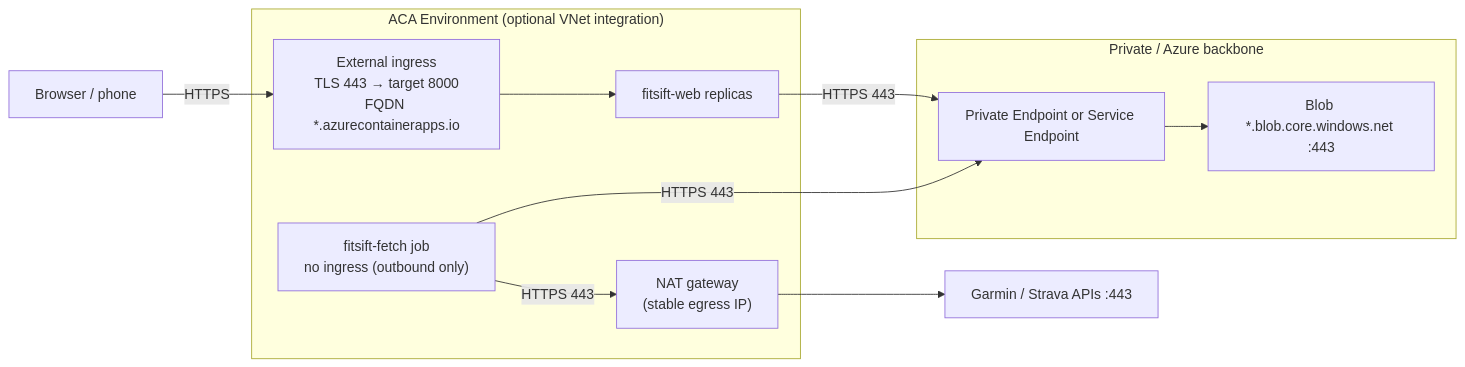
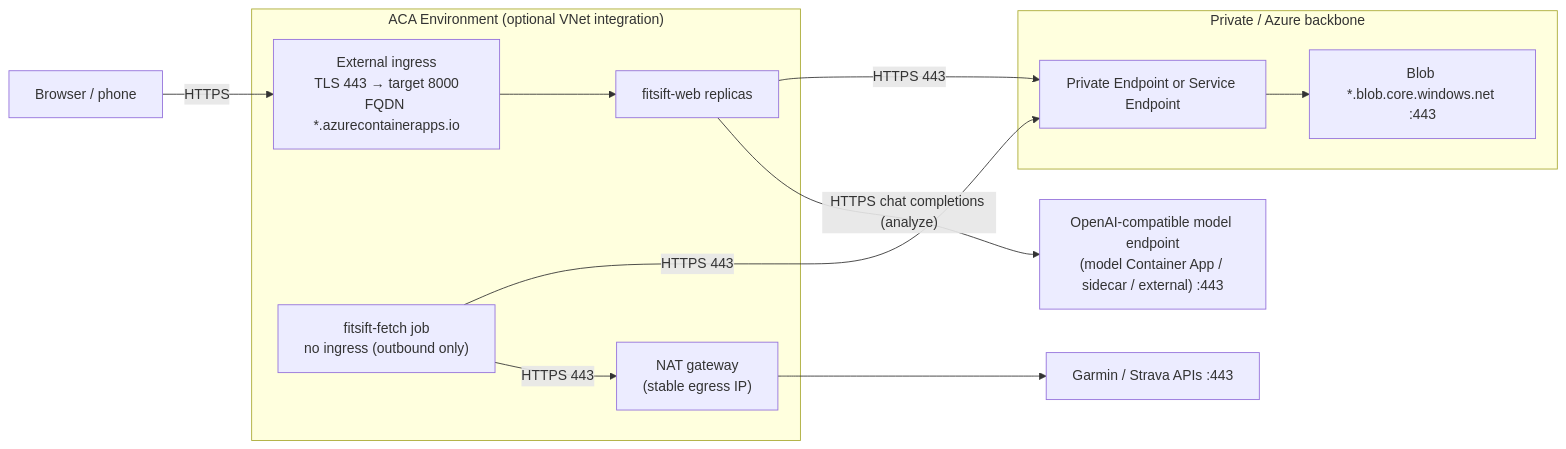
Before and after one commit to kerem-ersoz/fit2json: the third of 6 diagrams in docs/multi-user-sync.md, drawn with Mermaid. The commit also changed other lines of this file, not shown here.

First line of the commit message:
docs: add model-provider interactions to sync diagrams

````diff
--- a/docs/multi-user-sync.md
+++ b/docs/multi-user-sync.md
@@ -163,22 +174,24 @@
 ```mermaid
 flowchart LR
     User["Browser / phone"]
     subgraph ACAENV["ACA Environment (optional VNet integration)"]
         ING["External ingress<br/>TLS 443 → target 8000<br/>FQDN *.azurecontainerapps.io"]
         WEB["fitsift-web replicas"]
         JOB["fitsift-fetch job<br/>no ingress (outbound only)"]
         NAT["NAT gateway<br/>(stable egress IP)"]
     end
     subgraph Priv["Private / Azure backbone"]
         PE["Private Endpoint or Service Endpoint"]
         BLOB["Blob *.blob.core.windows.net :443"]
     end
     GARMIN["Garmin / Strava APIs :443"]
+    MODELS["OpenAI-compatible model endpoint<br/>(model Container App / sidecar / external) :443"]
     User -->|HTTPS| ING
     ING --> WEB
     WEB -->|HTTPS 443| PE
     PE --> BLOB
     JOB -->|HTTPS 443| PE
     JOB -->|HTTPS 443| NAT
     NAT --> GARMIN
+    WEB -->|"HTTPS chat completions (analyze)"| MODELS
 ```
````
